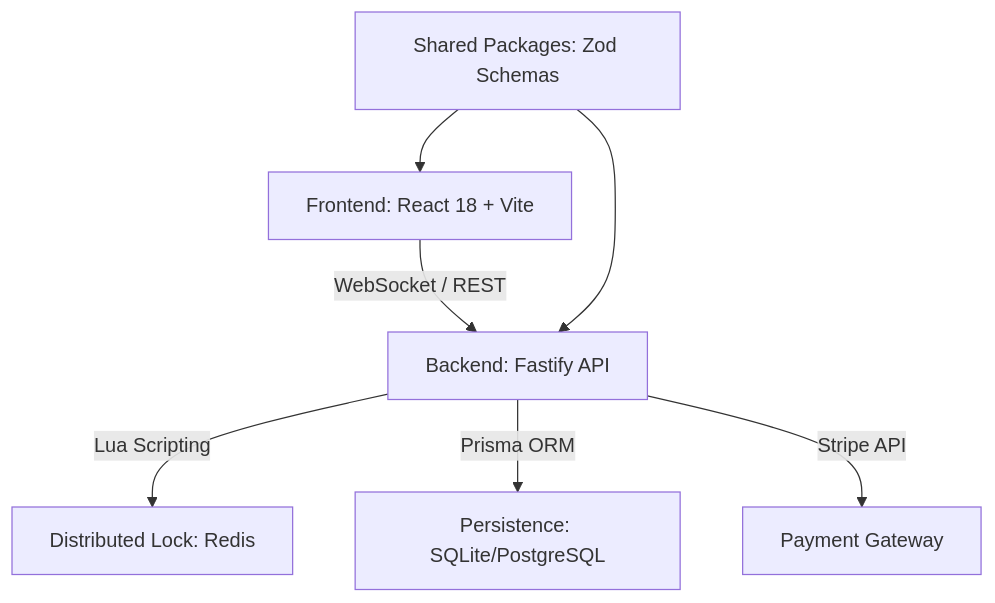
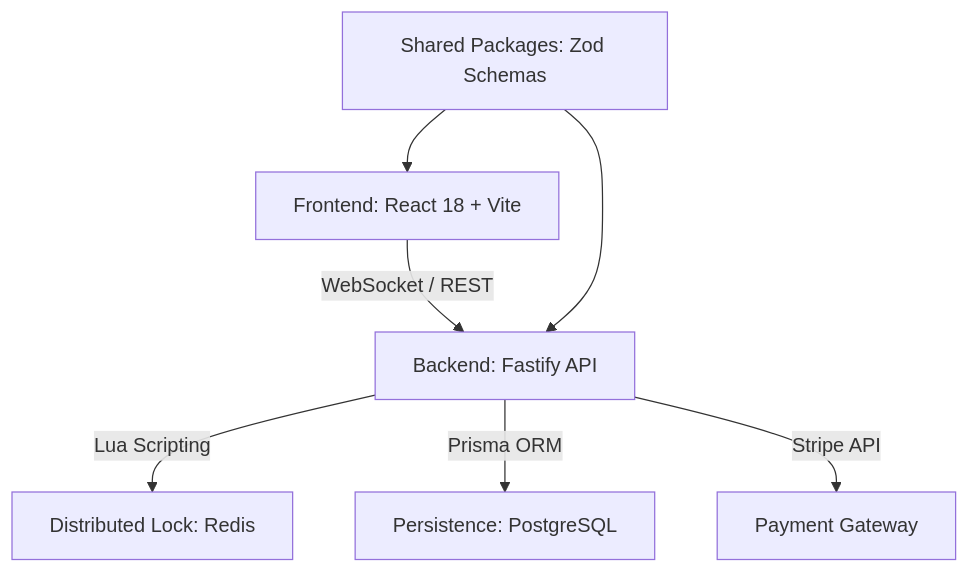
The diagram in README.md (genesisgzdev/Project-MegaTicketing), drawn with Mermaid before and after one commit. The commit also changed other lines of this file and 6 other files, not shown here.

Commit message:
feat: industrial maturation v1.0.0 - architecture hardening, postgres support, and docs

````diff
--- a/README.md
+++ b/README.md
@@ -30,9 +33,9 @@
 ```mermaid
 graph TD
     A[Frontend: React 18 + Vite] -->|WebSocket / REST| B[Backend: Fastify API]
     B -->|Lua Scripting| C[Distributed Lock: Redis]
-    B -->|Prisma ORM| D[Persistence: SQLite/PostgreSQL]
+    B -->|Prisma ORM| D[Persistence: PostgreSQL]
     B -->|Stripe API| E[Payment Gateway]
     F[Shared Packages: Zod Schemas] --> A
     F --> B
 ```
````
